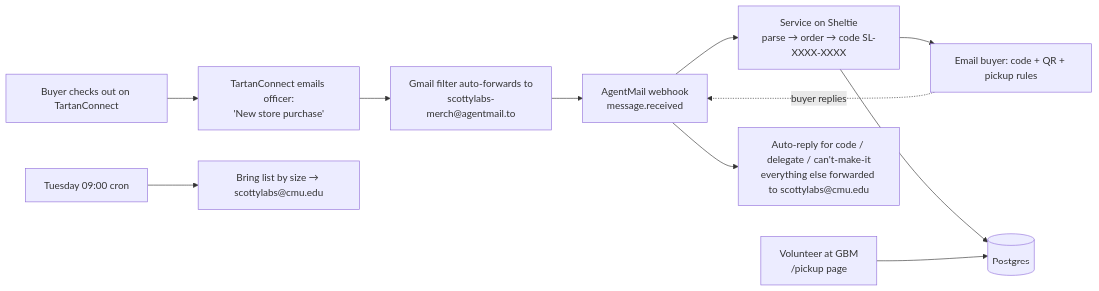
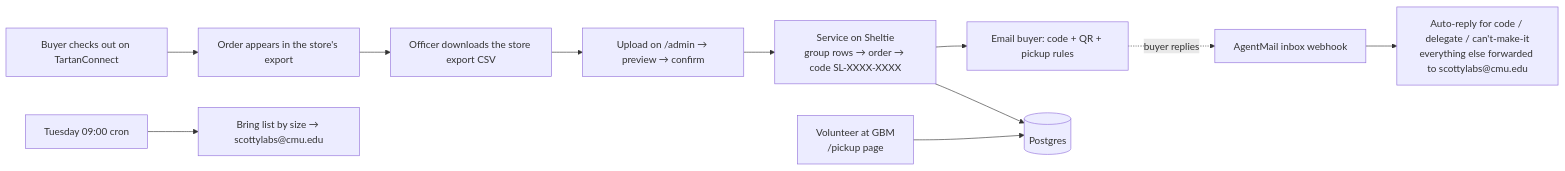
The diagram in service/README.md (scottylabs-labrador/sl-merch-operations), drawn with Mermaid before and after one commit. The commit also changed other lines of this file and 14 other files, not shown here.

First line of the commit message:
Make the store export the order intake, with preview and safe re-upload

````diff
--- a/service/README.md
+++ b/service/README.md
@@ -10,13 +10,13 @@
 ```mermaid
 flowchart LR
-    A[Buyer checks out on TartanConnect] --> B[TartanConnect emails officer:<br/>'New store purchase']
-    B --> C[Gmail filter auto-forwards to<br/>scottylabs-merch@agentmail.to]
-    C --> D[AgentMail webhook<br/>message.received]
-    D --> E[Service on Sheltie<br/>parse → order → code SL-XXXX-XXXX]
+    A[Buyer checks out on TartanConnect] --> B[Order appears in the store's export]
+    B --> C[Officer downloads the store export CSV]
+    C --> D[Upload on /admin → preview → confirm]
+    D --> E[Service on Sheltie<br/>group rows → order → code SL-XXXX-XXXX]
     E --> F[Email buyer: code + QR + pickup rules]
     E --> G[(Postgres)]
     H[Volunteer at GBM<br/>/pickup page] --> G
-    F -. buyer replies .-> D
-    D --> I[Auto-reply for code / delegate / can't-make-it<br/>everything else forwarded to scottylabs@cmu.edu]
+    F -. buyer replies .-> W[AgentMail inbox webhook]
+    W --> I[Auto-reply for code / delegate / can't-make-it<br/>everything else forwarded to scottylabs@cmu.edu]
     J[Tuesday 09:00 cron] --> K[Bring list by size → scottylabs@cmu.edu]
 ```
````
